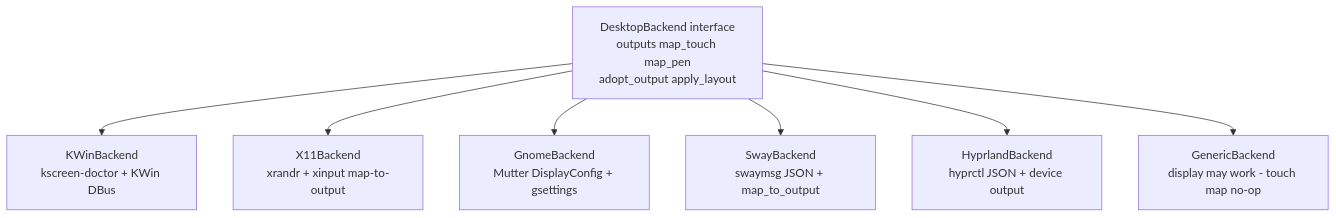
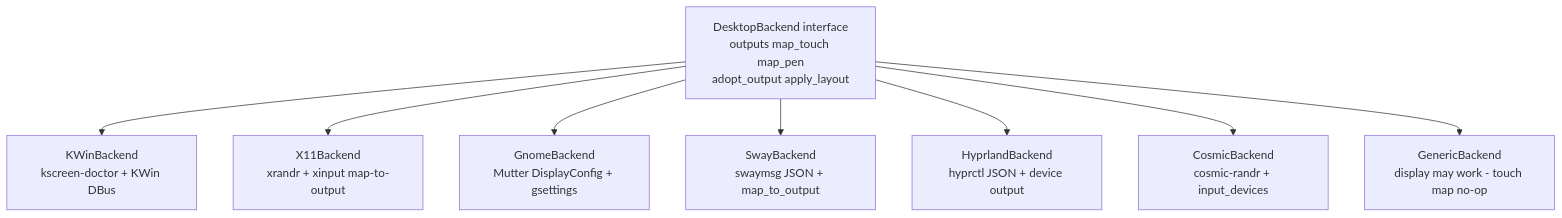
Before and after one commit to Spinjitsudoom/droppix: the eighth of 10 diagrams in docs/ARCHITECTURE.md, drawn with Mermaid. The commit also changed other lines of this file and 14 other files, not shown here.

First line of the commit message:
feat(host): COSMIC backend

````diff
--- a/docs/ARCHITECTURE.md
+++ b/docs/ARCHITECTURE.md
@@ -214,10 +214,11 @@
 ```mermaid
 graph TB
     IFACE["DesktopBackend interface<br/>outputs map_touch map_pen<br/>adopt_output apply_layout"]
     IFACE --> KWIN["KWinBackend<br/>kscreen-doctor + KWin DBus"]
     IFACE --> X11["X11Backend<br/>xrandr + xinput map-to-output"]
     IFACE --> GNOME["GnomeBackend<br/>Mutter DisplayConfig + gsettings"]
     IFACE --> SWAY["SwayBackend<br/>swaymsg JSON + map_to_output"]
     IFACE --> HYPR["HyprlandBackend<br/>hyprctl JSON + device output"]
+    IFACE --> COSMIC["CosmicBackend<br/>cosmic-randr + input_devices"]
     IFACE --> GEN["GenericBackend<br/>display may work - touch map no-op"]
 ```
````
